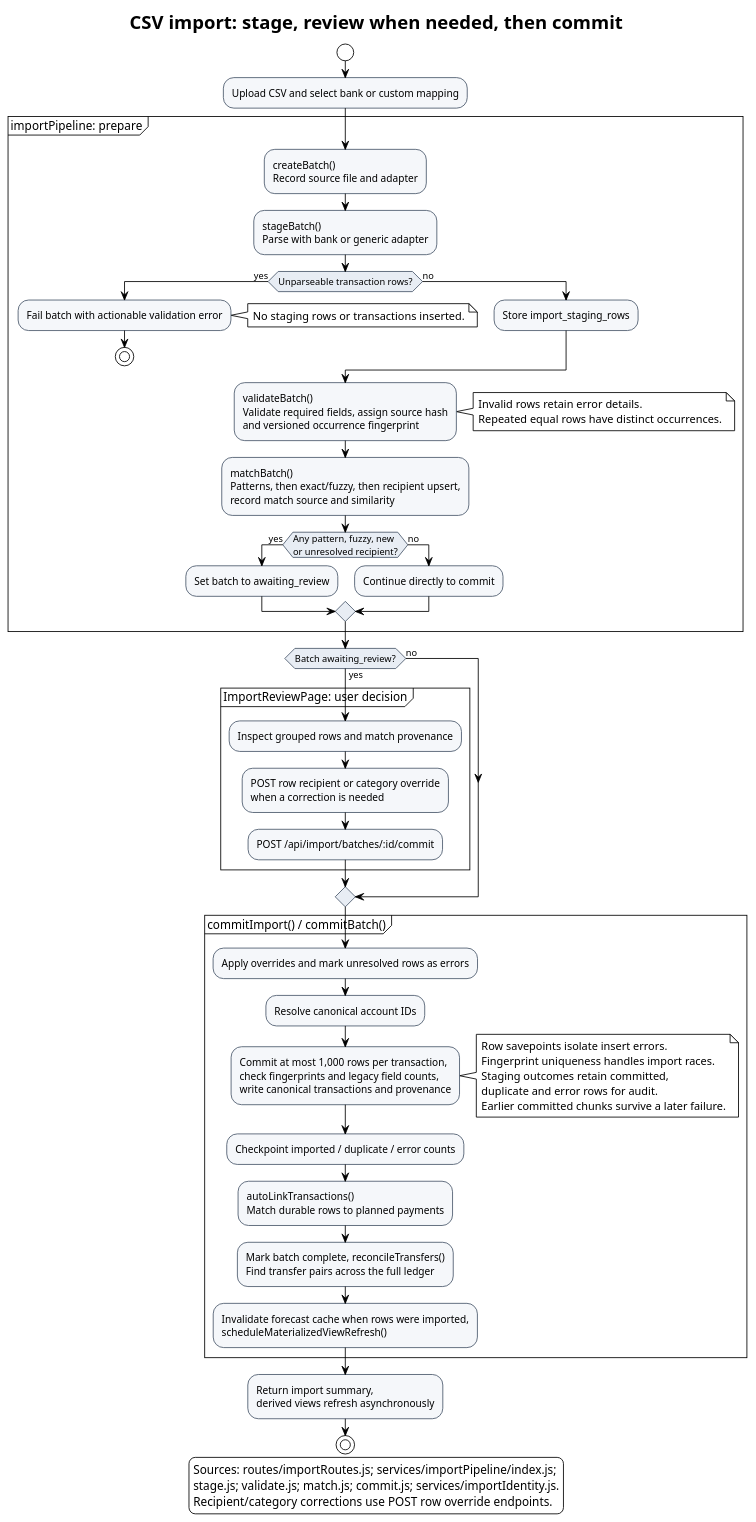
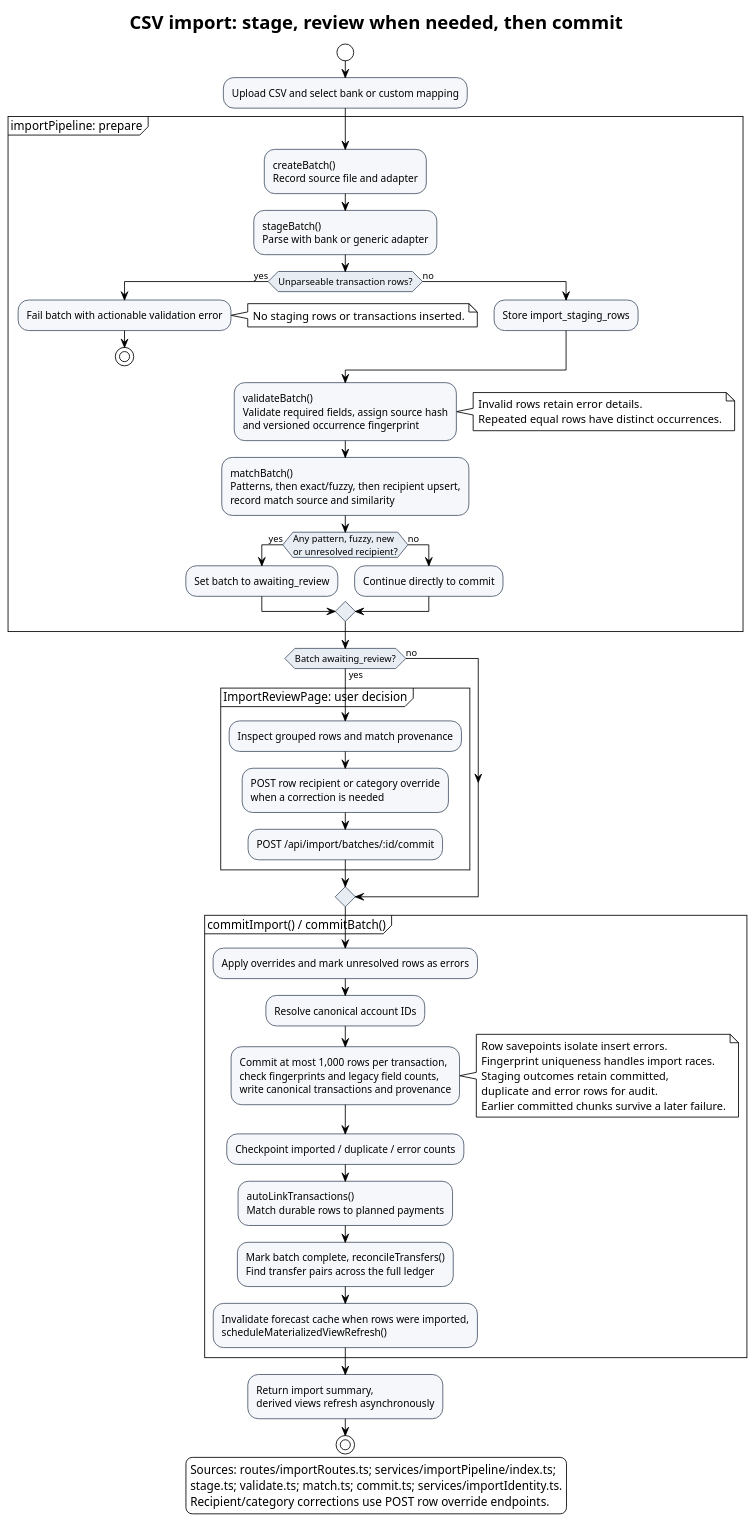
Before and after one commit to EraPartner/Vision: the diagram in docs/diagrams/import-pipeline.puml, drawn with PlantUML. The commit also changed 105 other files, not shown here.

```diff
--- a/docs/diagrams/import-pipeline.puml
+++ b/docs/diagrams/import-pipeline.puml
@@ -1,70 +1,70 @@
 @startuml import-pipeline
 title CSV import: stage, review when needed, then commit
 
 !theme plain
 skinparam activityBackgroundColor #F5F7FA
 skinparam activityBorderColor #49586A
 skinparam activityDiamondBackgroundColor #E8EDF4
 
 start
 :Upload CSV and select bank or custom mapping;
 
 partition "importPipeline: prepare" {
   :createBatch()\nRecord source file and adapter;
   :stageBatch()\nParse with bank or generic adapter;
   if (Unparseable transaction rows?) then (yes)
     :Fail batch with actionable validation error;
     note right: No staging rows or transactions inserted.
     stop
   else (no)
     :Store import_staging_rows;
   endif
   :validateBatch()\nValidate required fields, assign source hash\nand versioned occurrence fingerprint;
   note right
     Invalid rows retain error details.
     Repeated equal rows have distinct occurrences.
   end note
   :matchBatch()\nPatterns, then exact/fuzzy, then recipient upsert,\nrecord match source and similarity;
   if (Any pattern, fuzzy, new\nor unresolved recipient?) then (yes)
     :Set batch to awaiting_review;
   else (no)
     :Continue directly to commit;
   endif
 }
 
 if (Batch awaiting_review?) then (yes)
   partition "ImportReviewPage: user decision" {
     :Inspect grouped rows and match provenance;
     :POST row recipient or category override\nwhen a correction is needed;
     :POST /api/import/batches/:id/commit;
   }
 else (no)
 endif
 
 partition "commitImport() / commitBatch()" {
   :Apply overrides and mark unresolved rows as errors;
   :Resolve canonical account IDs;
   :Commit at most 1,000 rows per transaction,\ncheck fingerprints and legacy field counts,\nwrite canonical transactions and provenance;
   note right
     Row savepoints isolate insert errors.
     Fingerprint uniqueness handles import races.
     Staging outcomes retain committed,
     duplicate and error rows for audit.
     Earlier committed chunks survive a later failure.
   end note
   :Checkpoint imported / duplicate / error counts;
   :autoLinkTransactions()\nMatch durable rows to planned payments;
   :Mark batch complete, reconcileTransfers()\nFind transfer pairs across the full ledger;
   :Invalidate forecast cache when rows were imported,\nscheduleMaterializedViewRefresh();
 }
 
 :Return import summary,\nderived views refresh asynchronously;
 stop
 
 legend bottom
-  Sources: routes/importRoutes.js; services/importPipeline/index.js;
-  stage.js; validate.js; match.js; commit.js; services/importIdentity.js.
+  Sources: routes/importRoutes.ts; services/importPipeline/index.ts;
+  stage.ts; validate.ts; match.ts; commit.ts; services/importIdentity.ts.
   Recipient/category corrections use POST row override endpoints.
 endlegend
 
 @enduml
```
